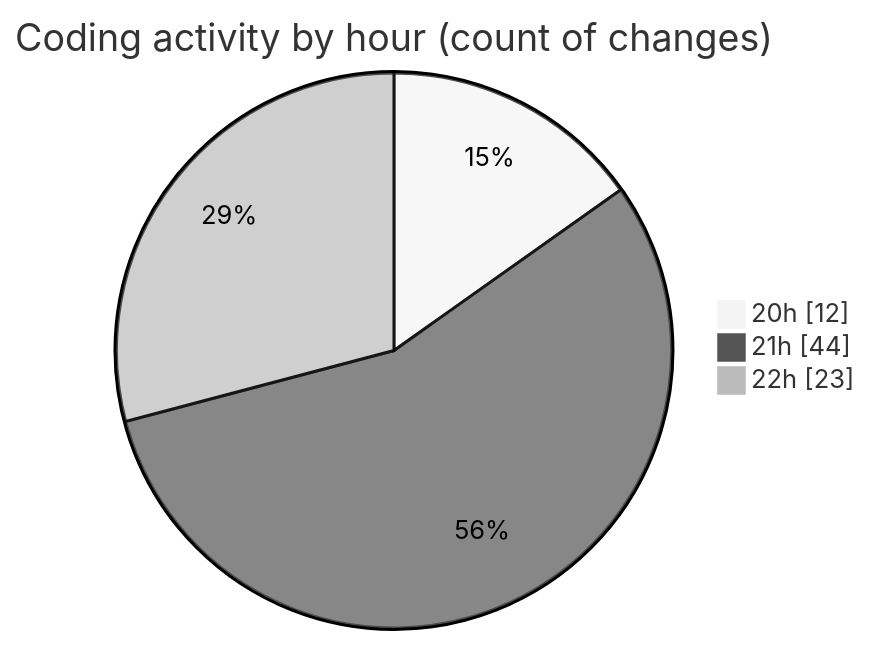
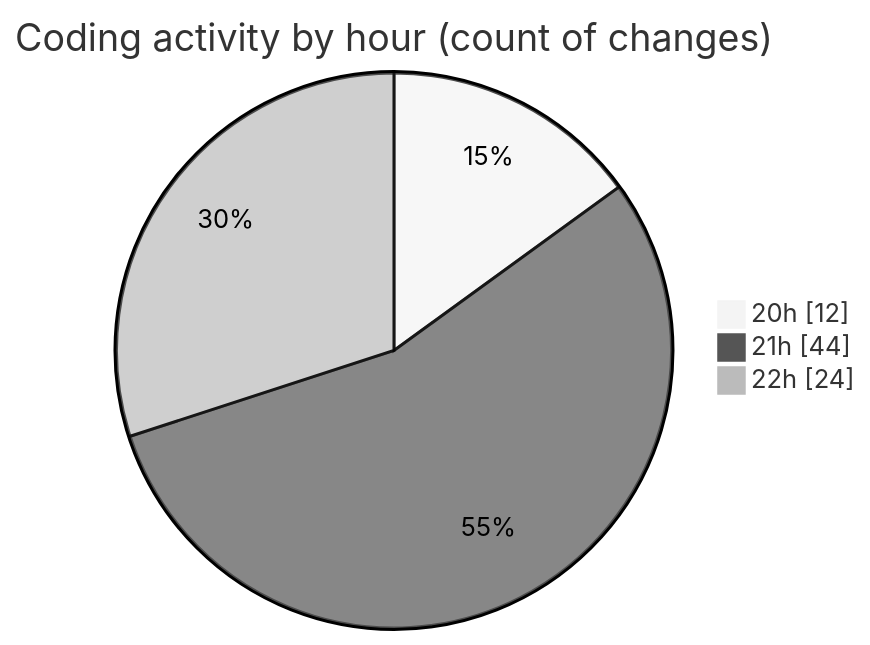
The second of 2 diagrams in 2025-04-24/echo/README.md (Netris89/code-tracking), drawn with Mermaid (neutral theme) before and after one commit. The commit also changed other lines of this file and 1 other file, not shown here.

````diff
--- a/2025-04-24/echo/README.md
+++ b/2025-04-24/echo/README.md
@@ -30,7 +30,7 @@
 ```mermaid
 pie showData
 title Coding activity by hour (count of changes)
 "20h" : 12
 "21h" : 44
-"22h" : 23
+"22h" : 24
 ```
````
